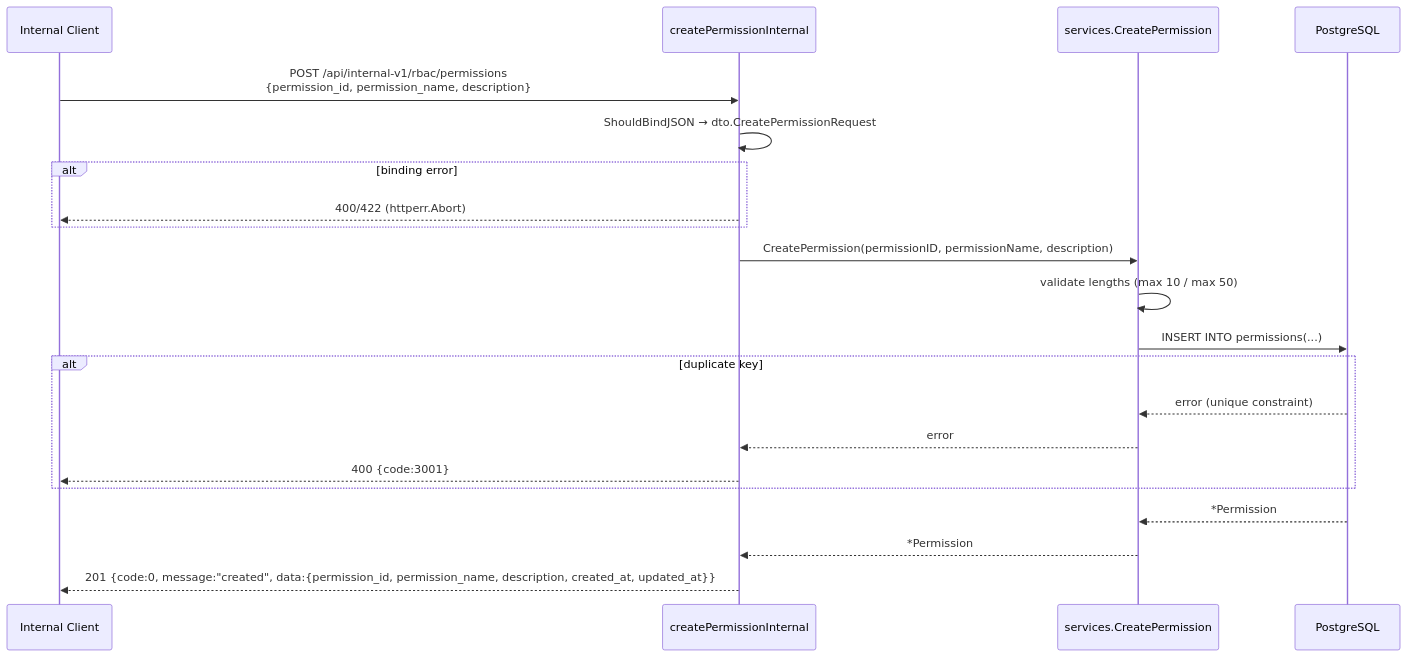
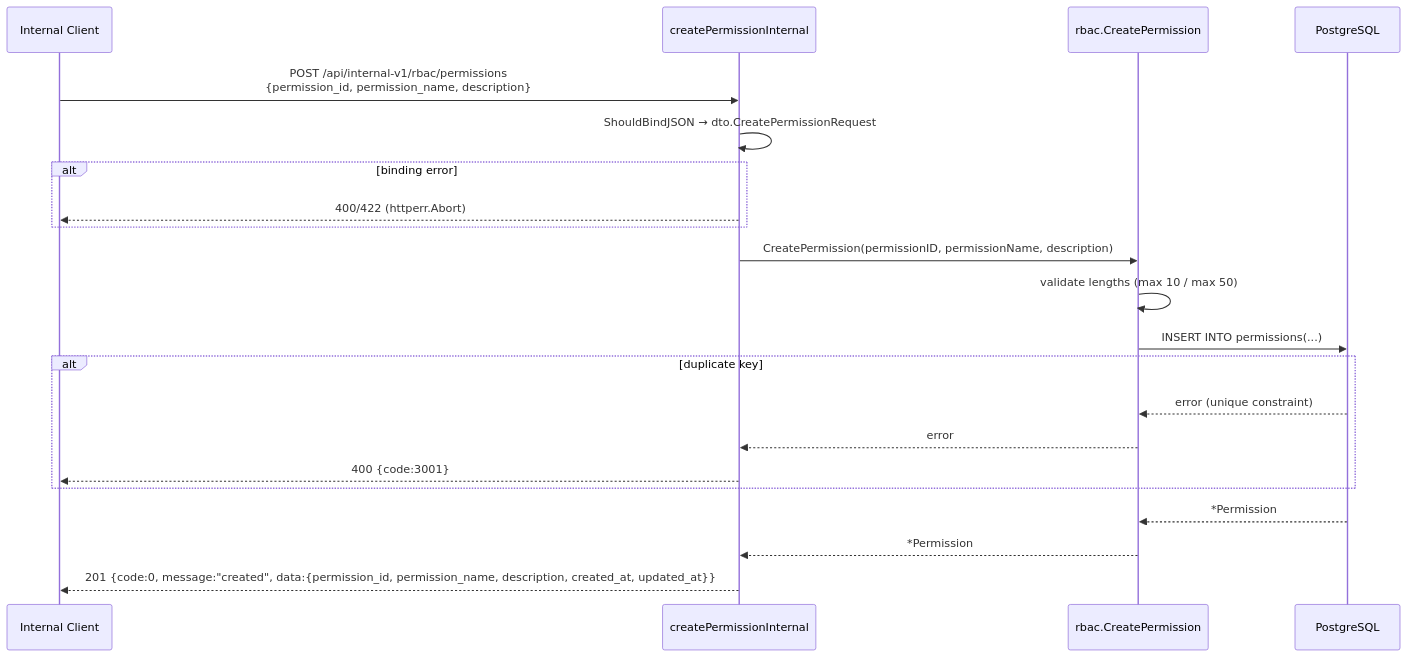
One commit to lkienkle11/be-mycourse changed diagram 12 of 23 in docs/sequence_diagrams.md. Above: the diagram before and after it, drawn with Mermaid. The commit also changed other lines of this file and 19 other files, not shown here.

Commit message:
docs: align architecture and module docs with package refactor

````diff
--- a/docs/sequence_diagrams.md
+++ b/docs/sequence_diagrams.md
@@ -557,26 +557,26 @@
 ```mermaid
 sequenceDiagram
     participant C as Internal Client
     participant H as createPermissionInternal
-    participant SVC as services.CreatePermission
+    participant SVC as rbac.CreatePermission
     participant DB as PostgreSQL
 
     C->>H: POST /api/internal-v1/rbac/permissions<br/>{permission_id, permission_name, description}
     H->>H: ShouldBindJSON → dto.CreatePermissionRequest
     alt binding error
         H-->>C: 400/422 (httperr.Abort)
     end
 
     H->>SVC: CreatePermission(permissionID, permissionName, description)
     SVC->>SVC: validate lengths (max 10 / max 50)
     SVC->>DB: INSERT INTO permissions(...)
     alt duplicate key
         DB-->>SVC: error (unique constraint)
         SVC-->>H: error
         H-->>C: 400 {code:3001}
     end
     DB-->>SVC: *Permission
     SVC-->>H: *Permission
 
     H-->>C: 201 {code:0, message:"created", data:{permission_id, permission_name, description, created_at, updated_at}}
 ```
````
